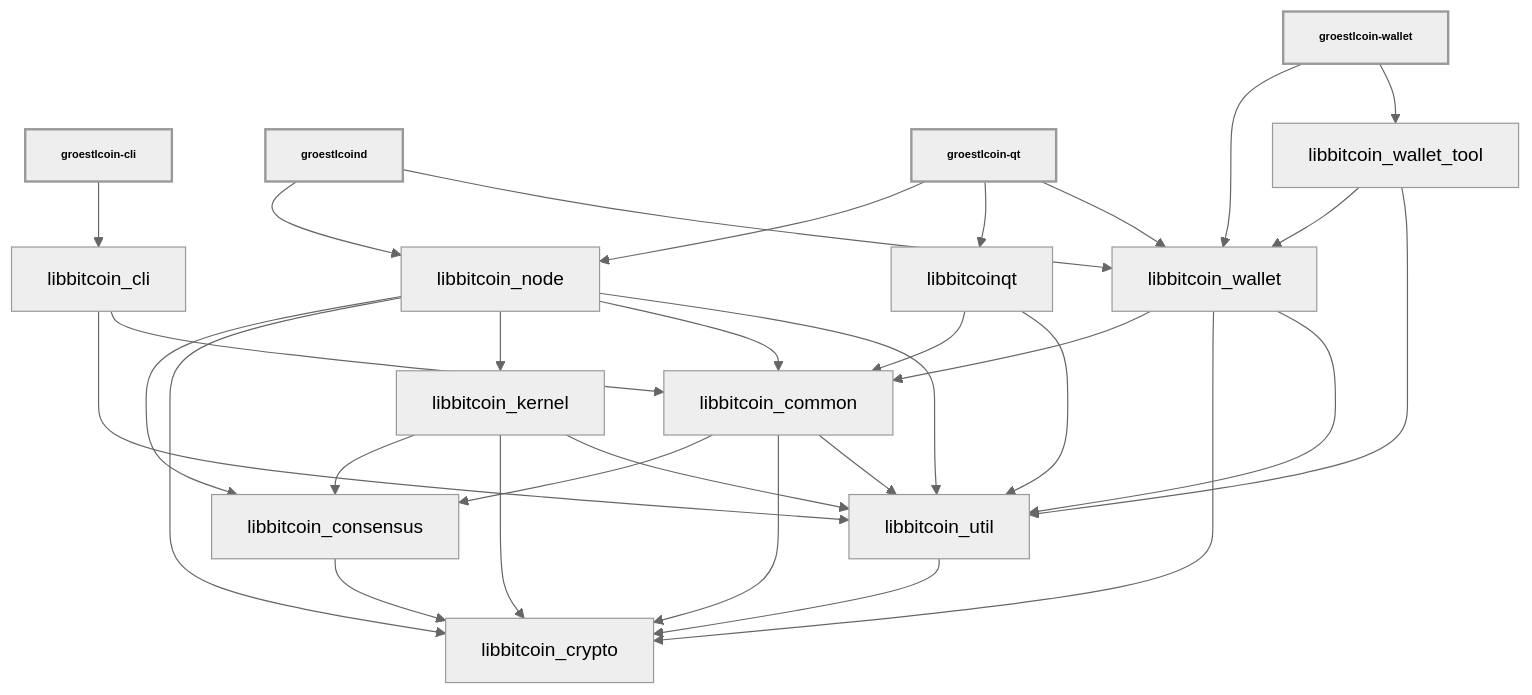
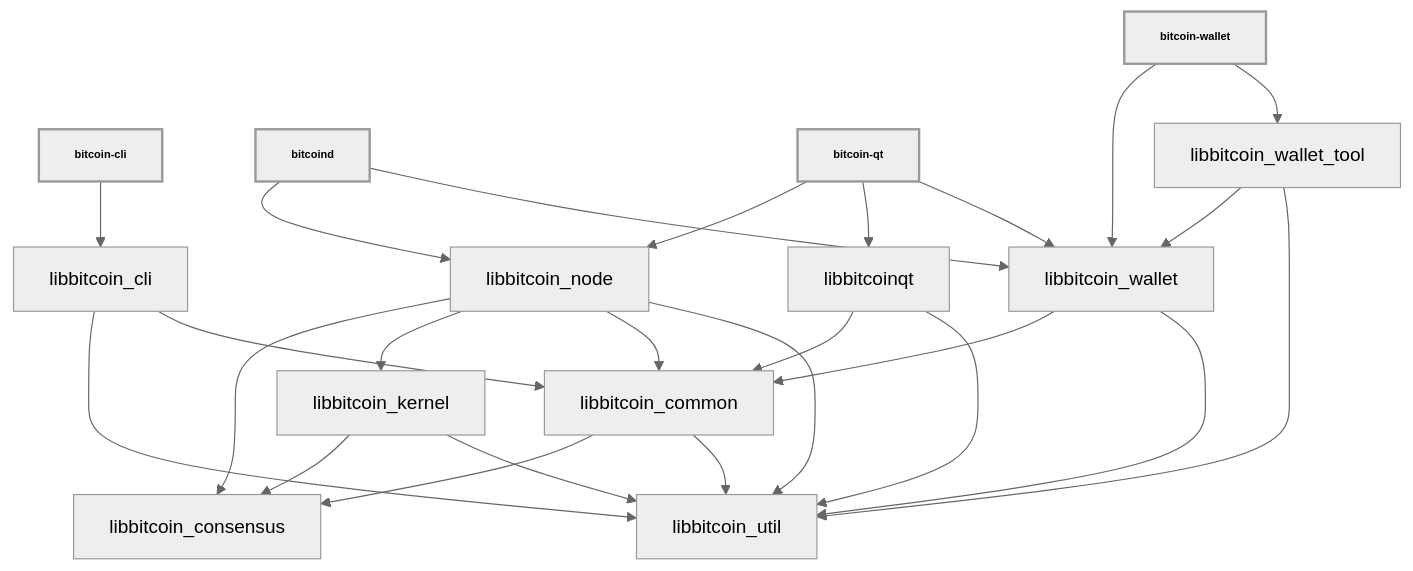
Before and after one commit to DM-enterprises/bitcoin: the diagram in doc/design/libraries.md, drawn with Mermaid (neutral theme). The commit also changed other lines of this file and 1784 other files, not shown here.

````diff
--- a/doc/design/libraries.md
+++ b/doc/design/libraries.md
@@ -36,52 +36,44 @@
 ```mermaid
 
 %%{ init : { "flowchart" : { "curve" : "basis" }}}%%
 
 graph TD;
 
-groestlcoin-cli[groestlcoin-cli]-->libbitcoin_cli;
+bitcoin-cli[bitcoin-cli]-->libbitcoin_cli;
 
-groestlcoind[groestlcoind]-->libbitcoin_node;
-groestlcoind[groestlcoind]-->libbitcoin_wallet;
+bitcoind[bitcoind]-->libbitcoin_node;
+bitcoind[bitcoind]-->libbitcoin_wallet;
 
-groestlcoin-qt[groestlcoin-qt]-->libbitcoin_node;
-groestlcoin-qt[groestlcoin-qt]-->libbitcoinqt;
-groestlcoin-qt[groestlcoin-qt]-->libbitcoin_wallet;
+bitcoin-qt[bitcoin-qt]-->libbitcoin_node;
+bitcoin-qt[bitcoin-qt]-->libbitcoinqt;
+bitcoin-qt[bitcoin-qt]-->libbitcoin_wallet;
 
-groestlcoin-wallet[groestlcoin-wallet]-->libbitcoin_wallet;
-groestlcoin-wallet[groestlcoin-wallet]-->libbitcoin_wallet_tool;
+bitcoin-wallet[bitcoin-wallet]-->libbitcoin_wallet;
+bitcoin-wallet[bitcoin-wallet]-->libbitcoin_wallet_tool;
 
 libbitcoin_cli-->libbitcoin_util;
 libbitcoin_cli-->libbitcoin_common;
 
-libbitcoin_consensus-->libbitcoin_crypto;
-
 libbitcoin_common-->libbitcoin_consensus;
-libbitcoin_common-->libbitcoin_crypto;
 libbitcoin_common-->libbitcoin_util;
 
 libbitcoin_kernel-->libbitcoin_consensus;
-libbitcoin_kernel-->libbitcoin_crypto;
 libbitcoin_kernel-->libbitcoin_util;
 
 libbitcoin_node-->libbitcoin_consensus;
-libbitcoin_node-->libbitcoin_crypto;
 libbitcoin_node-->libbitcoin_kernel;
 libbitcoin_node-->libbitcoin_common;
 libbitcoin_node-->libbitcoin_util;
 
 libbitcoinqt-->libbitcoin_common;
 libbitcoinqt-->libbitcoin_util;
 
-libbitcoin_util-->libbitcoin_crypto;
-
 libbitcoin_wallet-->libbitcoin_common;
-libbitcoin_wallet-->libbitcoin_crypto;
 libbitcoin_wallet-->libbitcoin_util;
 
 libbitcoin_wallet_tool-->libbitcoin_wallet;
 libbitcoin_wallet_tool-->libbitcoin_util;
 
 classDef bold stroke-width:2px, font-weight:bold, font-size: smaller;
-class groestlcoin-qt,groestlcoind,groestlcoin-cli,groestlcoin-wallet bold
+class bitcoin-qt,bitcoind,bitcoin-cli,bitcoin-wallet bold
 ```
````
